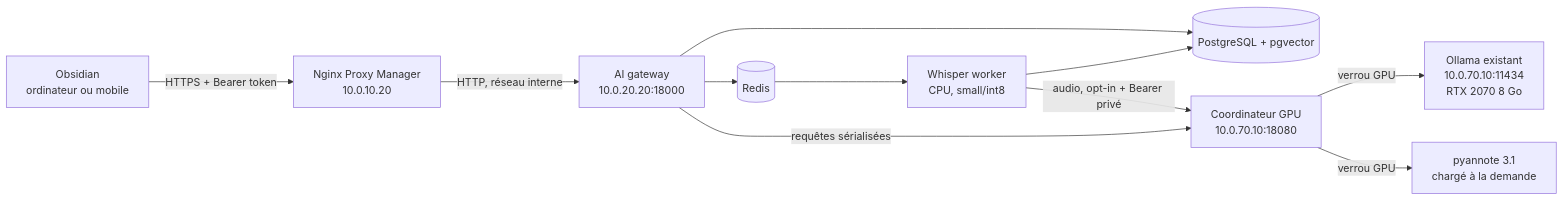
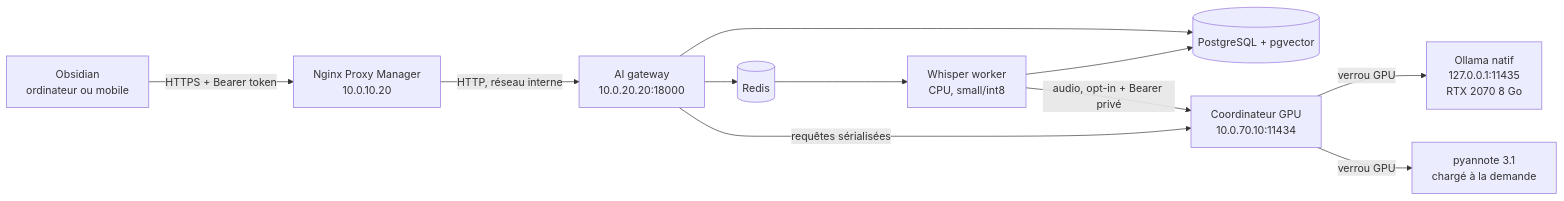
Before and after one commit to antoroute/obsidian-local-ai-platform: the diagram in docs/homelab-deployment.md, drawn with Mermaid. The commit also changed other lines of this file and 8 other files, not shown here.

Commit message:
fix: proxy all Ollama traffic through the GPU coordinator

````diff
--- a/docs/homelab-deployment.md
+++ b/docs/homelab-deployment.md
@@ -9,13 +9,13 @@
 ```mermaid
 flowchart LR
     O[Obsidian<br/>ordinateur ou mobile] -->|HTTPS + Bearer token| N[Nginx Proxy Manager<br/>10.0.10.20]
     N -->|HTTP, réseau interne| G[AI gateway<br/>10.0.20.20:18000]
     G --> P[(PostgreSQL + pgvector)]
     G --> R[(Redis)]
-    G -->|requêtes sérialisées| C[Coordinateur GPU<br/>10.0.70.10:18080]
-    C -->|verrou GPU| L[Ollama existant<br/>10.0.70.10:11434<br/>RTX 2070 8 Go]
+    G -->|requêtes sérialisées| C[Coordinateur GPU<br/>10.0.70.10:11434]
+    C -->|verrou GPU| L[Ollama natif<br/>127.0.0.1:11435<br/>RTX 2070 8 Go]
     R --> W[Whisper worker<br/>CPU, small/int8]
     W --> P
     W -->|audio, opt-in + Bearer privé| C
     C -->|verrou GPU| D[pyannote 3.1<br/>chargé à la demande]
 ```
````
